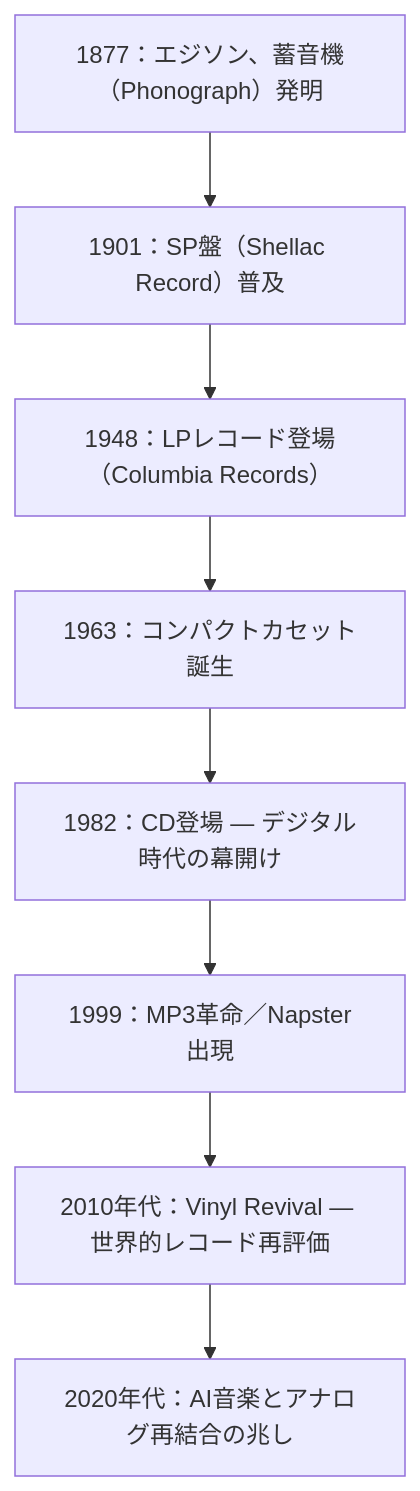
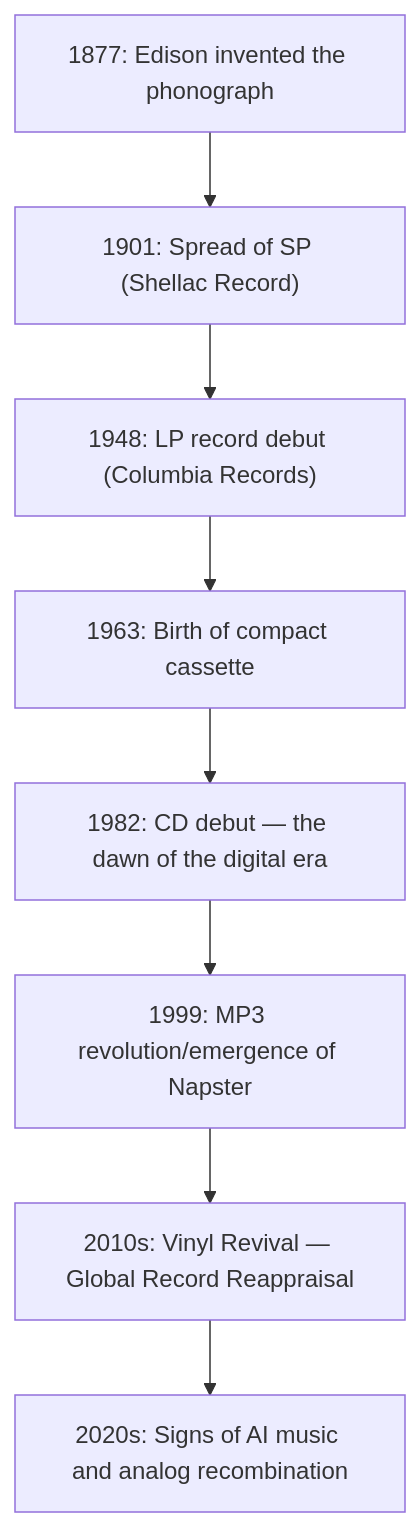
One commit to monumental-movement/monumental-movement.github.io changed the diagram in en/_posts/2025-10-22-column-why-we-buy-vinyl.md. Above: the diagram before and after it, drawn with Mermaid. The commit also changed other lines of this file and 1719 other files, not shown here.

```diff
--- a/en/_posts/2025-10-22-column-why-we-buy-vinyl.md
+++ b/en/_posts/2025-10-22-column-why-we-buy-vinyl.md
@@ -157,12 +159,12 @@
 <div class="mermaid">
 
 flowchart TD
-    A1877["1877：エジソン、蓄音機（Phonograph）発明"] --> A1901["1901：SP盤（Shellac Record）普及"]
-    A1901 --> A1948["1948：LPレコード登場（Columbia Records）"]
-    A1948 --> A1963["1963：コンパクトカセット誕生"]
-    A1963 --> A1982["1982：CD登場 — デジタル時代の幕開け"]
-    A1982 --> A1999["1999：MP3革命／Napster出現"]
-    A1999 --> A2010["2010年代：Vinyl Revival — 世界的レコード再評価"]
-    A2010 --> A2020["2020年代：AI音楽とアナログ再結合の兆し"]
+A1877["1877: Edison invented the phonograph"] --> A1901["1901: Spread of SP (Shellac Record)"]
+A1901 --> A1948["1948: LP record debut (Columbia Records)"]
+A1948 --> A1963["1963: Birth of compact cassette"]
+A1963 --> A1982["1982: CD debut — the dawn of the digital era"]
+A1982 --> A1999["1999: MP3 revolution/emergence of Napster"]
+A1999 --> A2010["2010s: Vinyl Revival — Global Record Reappraisal"]
+A2010 --> A2020["2020s: Signs of AI music and analog recombination"]
 
 </div>
```
